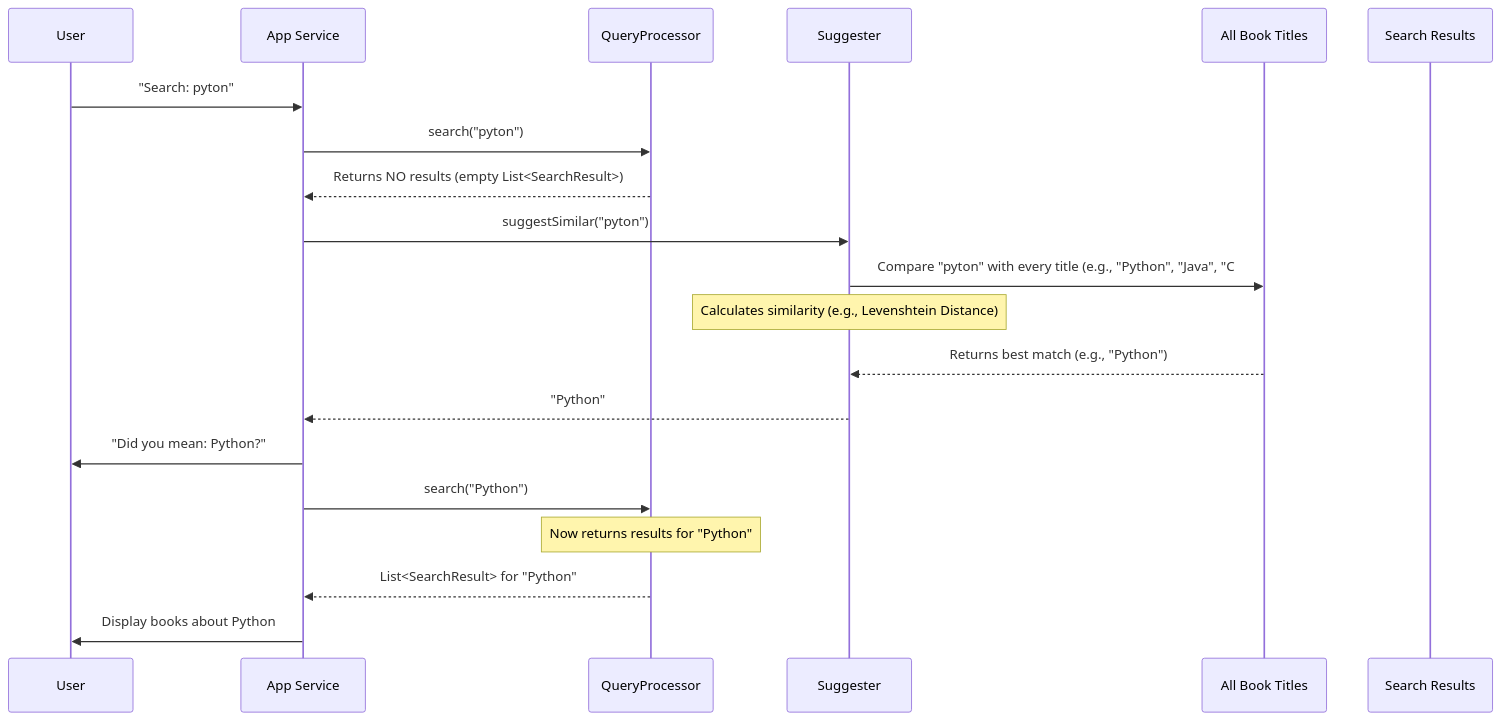
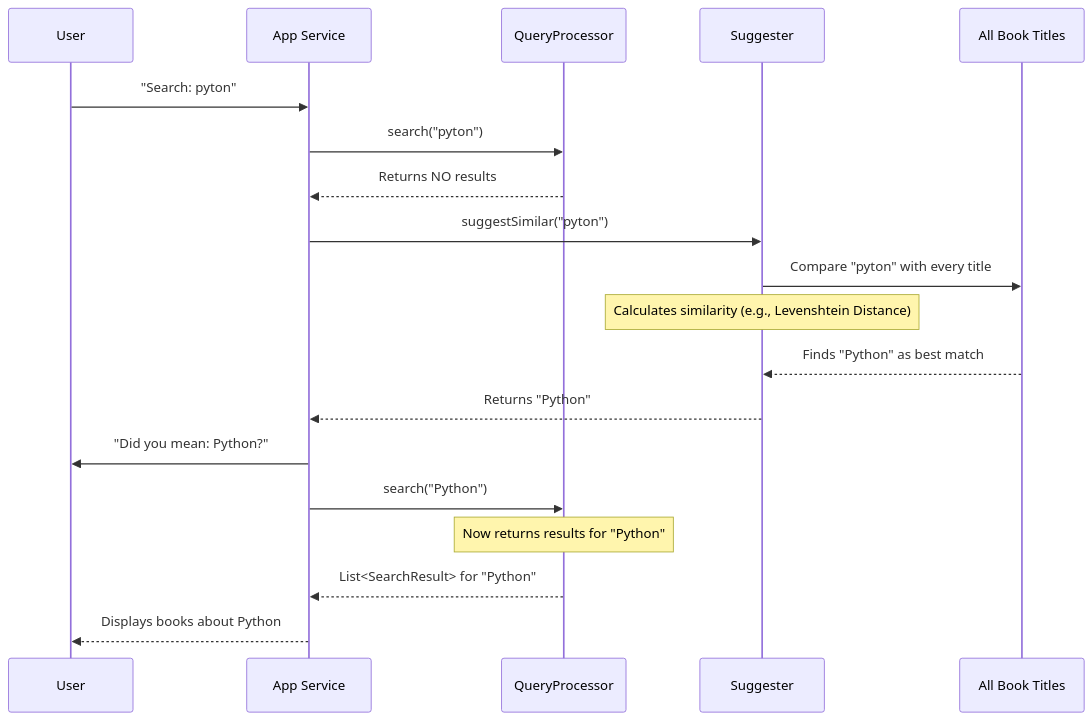
The second of 3 diagrams in documentation/Chapter 7 Search Enhancement & Recommendations.md (Kas-sim/DevShelf), drawn with Mermaid before and after one commit. The commit also changed other lines of this file, not shown here.

````diff
--- a/documentation/Chapter 7 Search Enhancement & Recommendations.md
+++ b/documentation/Chapter 7 Search Enhancement & Recommendations.md
@@ -135,23 +130,22 @@
 ```mermaid
 sequenceDiagram
     participant User
     participant App Service
     participant QueryProcessor
     participant Suggester
     participant All Book Titles
-    participant Search Results
 
     User->>App Service: "Search: pyton"
     App Service->>QueryProcessor: search("pyton")
-    QueryProcessor-->>App Service: Returns NO results (empty List<SearchResult>)
+    QueryProcessor-->>App Service: Returns NO results
     App Service->>Suggester: suggestSimilar("pyton")
-    Suggester->>All Book Titles: Compare "pyton" with every title (e.g., "Python", "Java", "C#")
+    Suggester->>All Book Titles: Compare "pyton" with every title
     Note over Suggester: Calculates similarity (e.g., Levenshtein Distance)
-    All Book Titles-->>Suggester: Returns best match (e.g., "Python")
-    Suggester-->>App Service: "Python"
+    All Book Titles-->>Suggester: Finds "Python" as best match
+    Suggester-->>App Service: Returns "Python"
     App Service->>User: "Did you mean: Python?"
     App Service->>QueryProcessor: search("Python")
     Note over QueryProcessor: Now returns results for "Python"
     QueryProcessor-->>App Service: List<SearchResult> for "Python"
-    App Service->>User: Display books about Python
+    App Service-->>User: Displays books about Python
 ```
````
